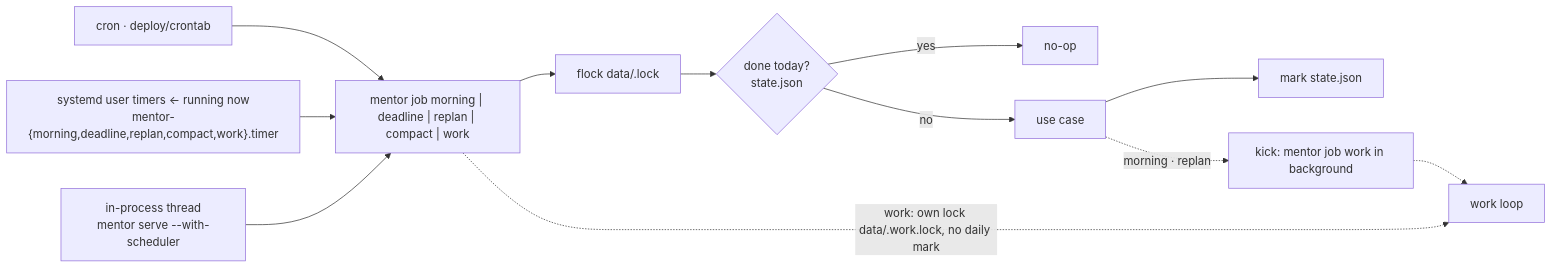
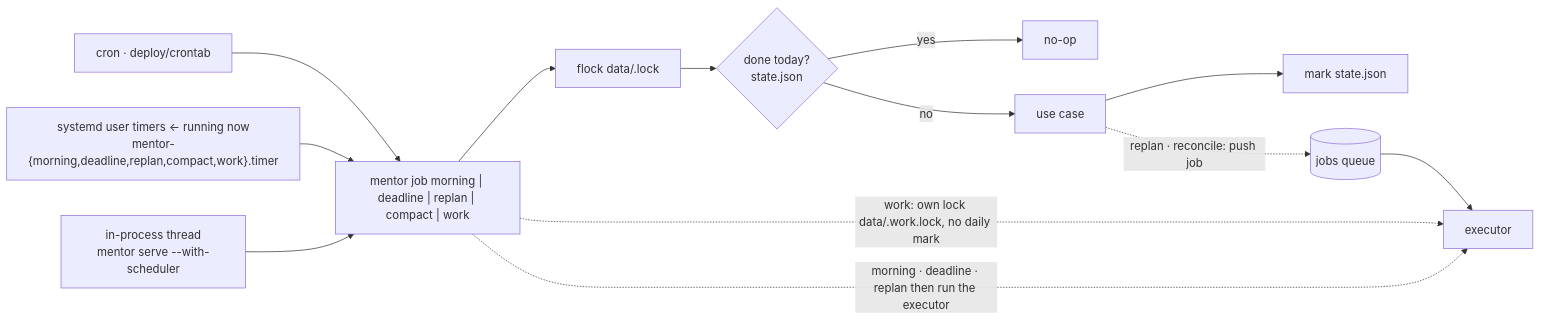
Diagram 12 of 19 in docs/ARCHITECTURE.md (vovka/mentor-bot), drawn with Mermaid before and after one commit. The commit also changed other lines of this file and 2 other files, not shown here.

First line of the commit message:
Docs: durable queue, patch replan, plan tier, concurrent chat, /cancel

````diff
--- a/docs/ARCHITECTURE.md
+++ b/docs/ARCHITECTURE.md
@@ -308,12 +333,14 @@
 ```mermaid
 flowchart LR
   CR[cron · deploy/crontab] --> J
   SD["systemd user timers ← running now<br/>mentor-{morning,deadline,replan,compact,work}.timer"] --> J
   IP["in-process thread<br/>mentor serve --with-scheduler"] --> J
   J["mentor job morning | deadline | replan | compact | work"] --> L[flock data/.lock]
   L --> ID{done today?<br/>state.json}
   ID -- yes --> NO[no-op]
   ID -- no --> RUN[use case] --> MARK[mark state.json]
-  J -. "work: own lock data/.work.lock, no daily mark" .-> WL[work loop]
-  RUN -. "morning · replan" .-> KK["kick: mentor job work in background"] -.-> WL
+  J -. "work: own lock data/.work.lock, no daily mark" .-> WL[executor]
+  RUN -. "replan · reconcile: push job" .-> QU[("jobs queue")]
+  QU --> WL
+  J -. "morning · deadline · replan then run the executor" .-> WL
 ```
````
